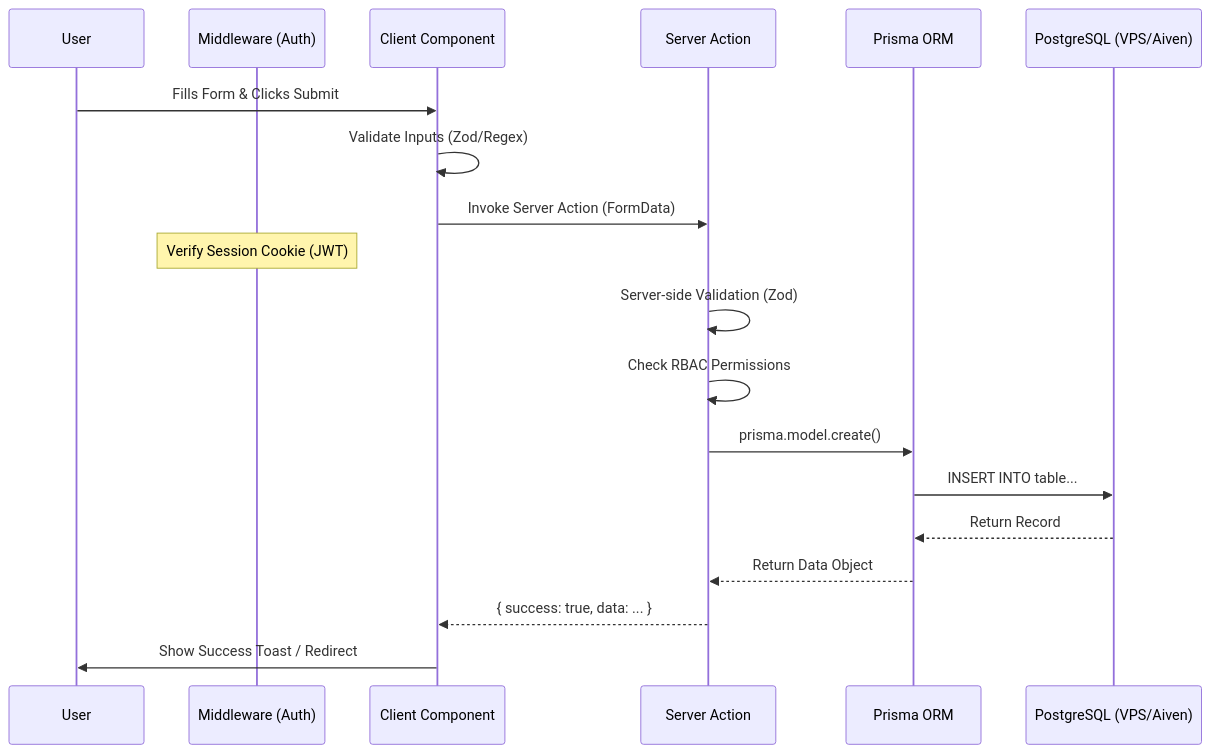
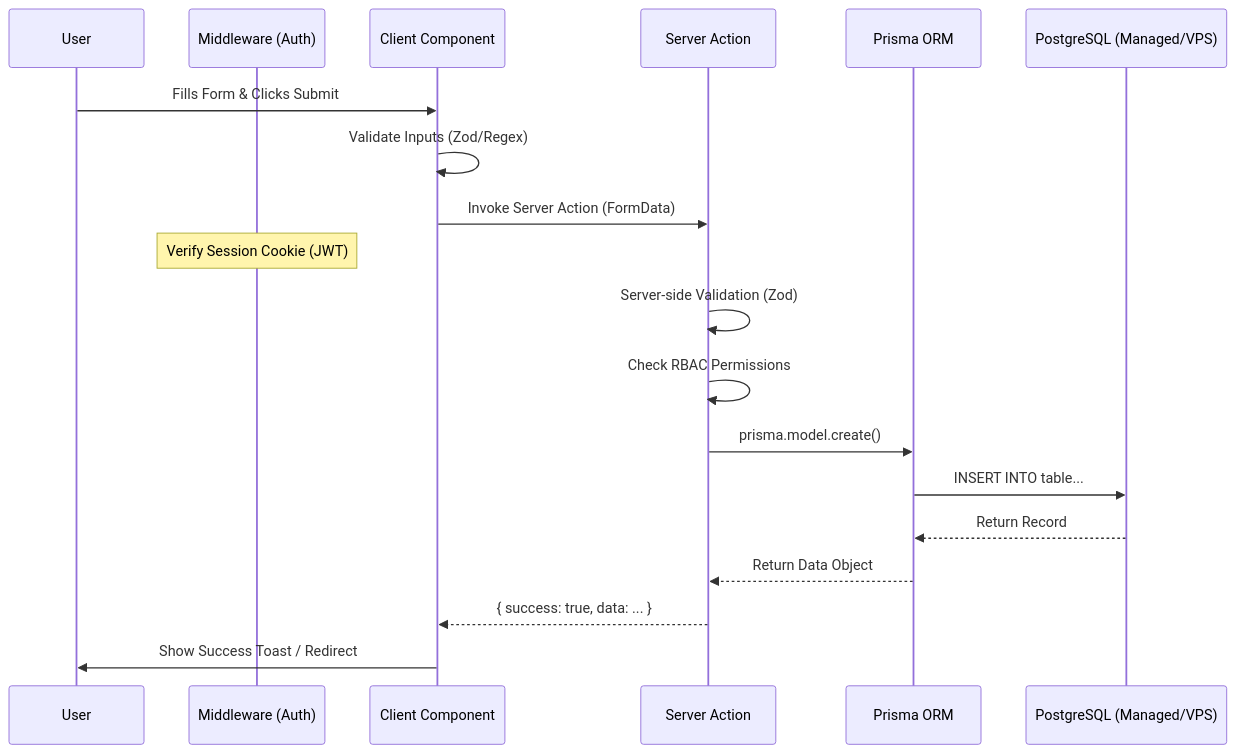
The second of 3 diagrams in docs/VISUAL_ARCHITECTURE.md (blackjac7/website-school-smpipyakin), drawn with Mermaid before and after one commit. The commit also changed other lines of this file and 7 other files, not shown here.

````diff
--- a/docs/VISUAL_ARCHITECTURE.md
+++ b/docs/VISUAL_ARCHITECTURE.md
@@ -60,26 +60,26 @@
 ```mermaid
 sequenceDiagram
     participant User as User
     participant Middleware as Middleware (Auth)
     participant Client as Client Component
     participant Server as Server Action
     participant Prisma as Prisma ORM
-    participant DB as PostgreSQL (VPS/Aiven)
+    participant DB as PostgreSQL (Managed/VPS)
 
     User->>Client: Fills Form & Clicks Submit
     Client->>Client: Validate Inputs (Zod/Regex)
     Client->>Server: Invoke Server Action (FormData)
 
     Note over Middleware: Verify Session Cookie (JWT)
 
     Server->>Server: Server-side Validation (Zod)
     Server->>Server: Check RBAC Permissions
 
     Server->>Prisma: prisma.model.create()
     Prisma->>DB: INSERT INTO table...
     DB-->>Prisma: Return Record
     Prisma-->>Server: Return Data Object
 
     Server-->>Client: { success: true, data: ... }
     Client->>User: Show Success Toast / Redirect
 ```
````
